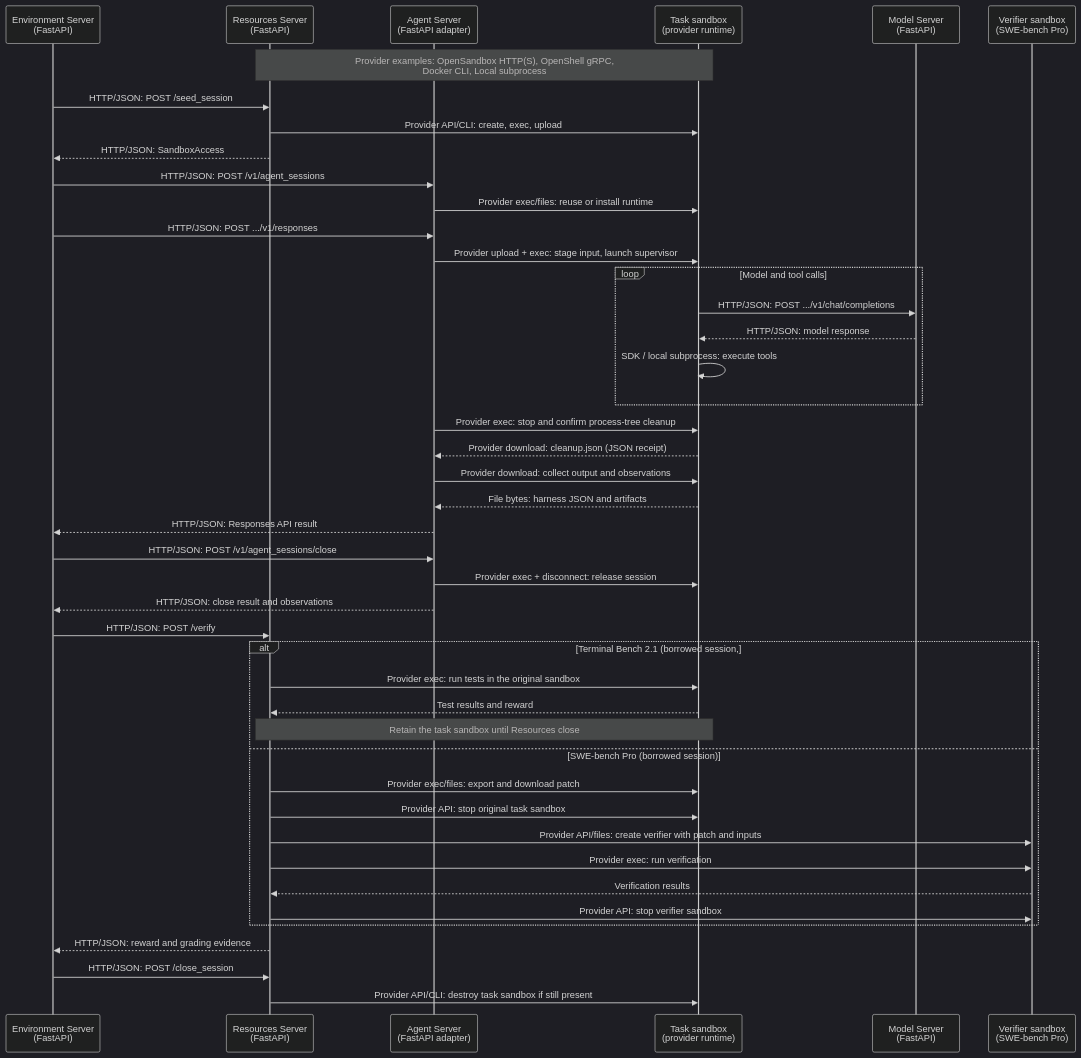
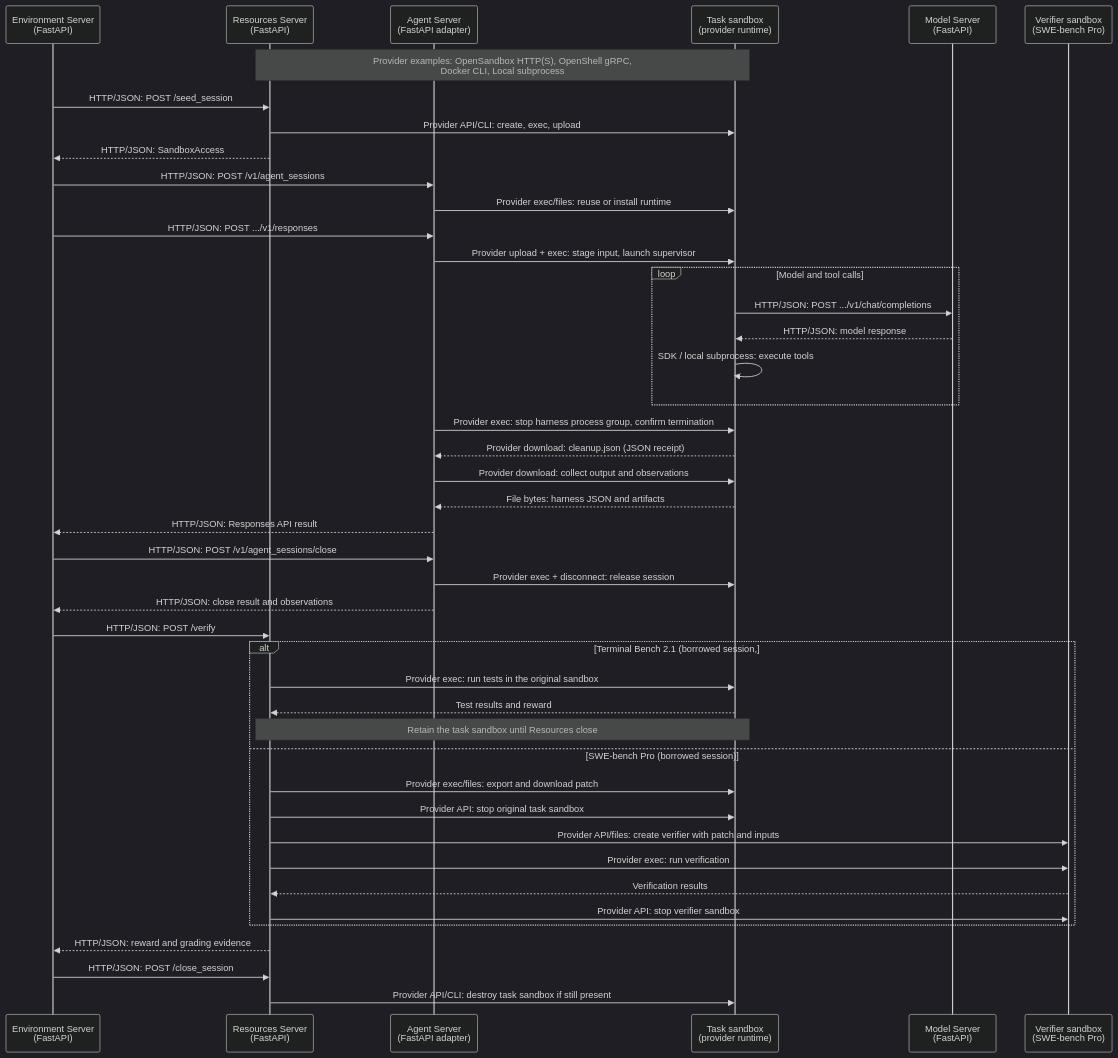
One commit to NVIDIA-NeMo/Gym changed the first of 2 diagrams in fern/versions/latest/pages/agent-server/add-or-update-a-harness.mdx. Above: the diagram before and after it, drawn with Mermaid (dark theme). The commit also changed other lines of this file, not shown here.

First line of the commit message:
docs(agent): align harness guide with #3902 termination contract

````diff
--- a/fern/versions/latest/pages/agent-server/add-or-update-a-harness.mdx
+++ b/fern/versions/latest/pages/agent-server/add-or-update-a-harness.mdx
@@ -40,47 +41,47 @@
 ```mermaid
 sequenceDiagram
     participant E as Environment Server<br/>(FastAPI)
     participant R as Resources Server<br/>(FastAPI)
     participant A as Agent Server<br/>(FastAPI adapter)
     participant S as Task sandbox<br/>(provider runtime)
     participant M as Model Server<br/>(FastAPI)
     participant V as Verifier sandbox<br/>(SWE-bench Pro)
 
     Note over R,S: Provider examples: OpenSandbox HTTP(S), OpenShell gRPC,<br/>Docker CLI, Local subprocess
     E->>R: HTTP/JSON: POST /seed_session
     R->>S: Provider API/CLI: create, exec, upload
     R-->>E: HTTP/JSON: SandboxAccess
     E->>A: HTTP/JSON: POST /v1/agent_sessions
     A->>S: Provider exec/files: reuse or install runtime
     E->>A: HTTP/JSON: POST .../v1/responses
     A->>S: Provider upload + exec: stage input, launch supervisor
     loop Model and tool calls
         S->>M: HTTP/JSON: POST .../v1/chat/completions
         M-->>S: HTTP/JSON: model response
         S->>S: SDK / local subprocess: execute tools
     end
-    A->>S: Provider exec: stop and confirm process-tree cleanup
+    A->>S: Provider exec: stop harness process group, confirm termination
     S-->>A: Provider download: cleanup.json (JSON receipt)
     A->>S: Provider download: collect output and observations
     S-->>A: File bytes: harness JSON and artifacts
     A-->>E: HTTP/JSON: Responses API result
     E->>A: HTTP/JSON: POST /v1/agent_sessions/close
     A->>S: Provider exec + disconnect: release session
     A-->>E: HTTP/JSON: close result and observations
     E->>R: HTTP/JSON: POST /verify
     alt Terminal Bench 2.1 (borrowed session, #3902 revision)
         R->>S: Provider exec: run tests in the original sandbox
         S-->>R: Test results and reward
         Note over R,S: Retain the task sandbox until Resources close
     else SWE-bench Pro (borrowed session)
         R->>S: Provider exec/files: export and download patch
         R->>S: Provider API: stop original task sandbox
         R->>V: Provider API/files: create verifier with patch and inputs
         R->>V: Provider exec: run verification
         V-->>R: Verification results
         R->>V: Provider API: stop verifier sandbox
     end
     R-->>E: HTTP/JSON: reward and grading evidence
     E->>R: HTTP/JSON: POST /close_session
     R->>S: Provider API/CLI: destroy task sandbox if still present
 ```
````
